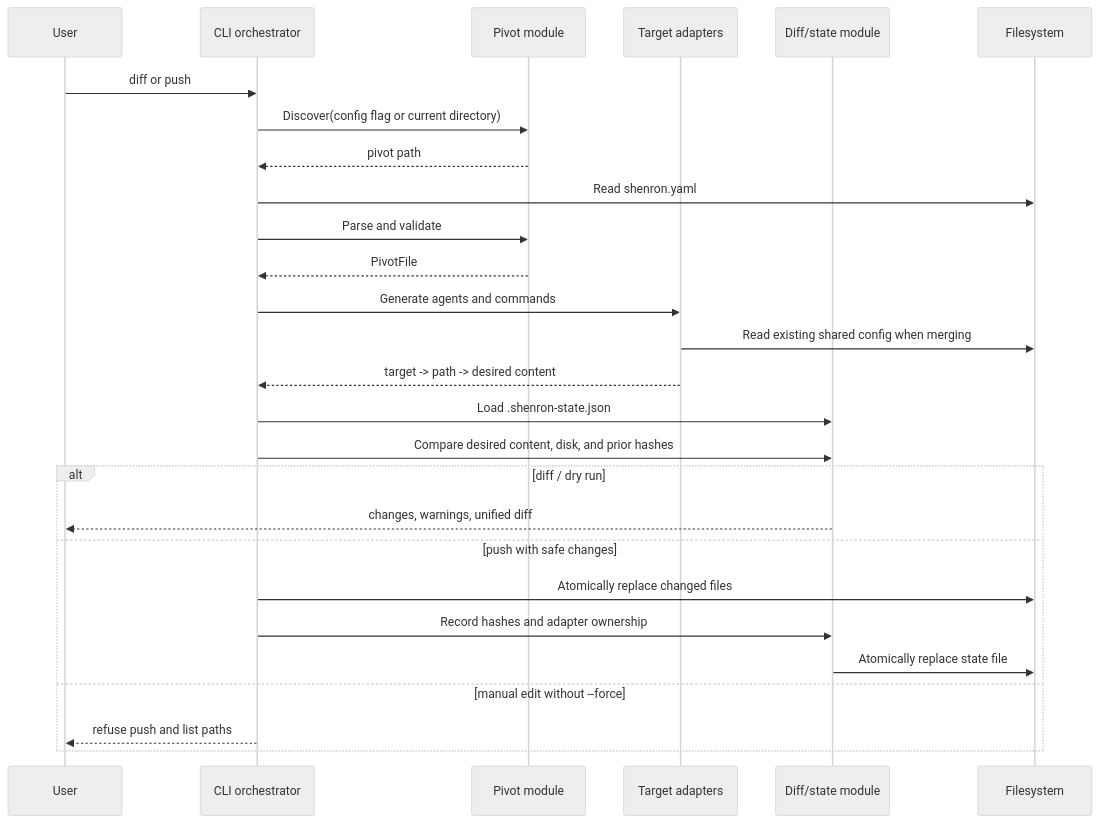
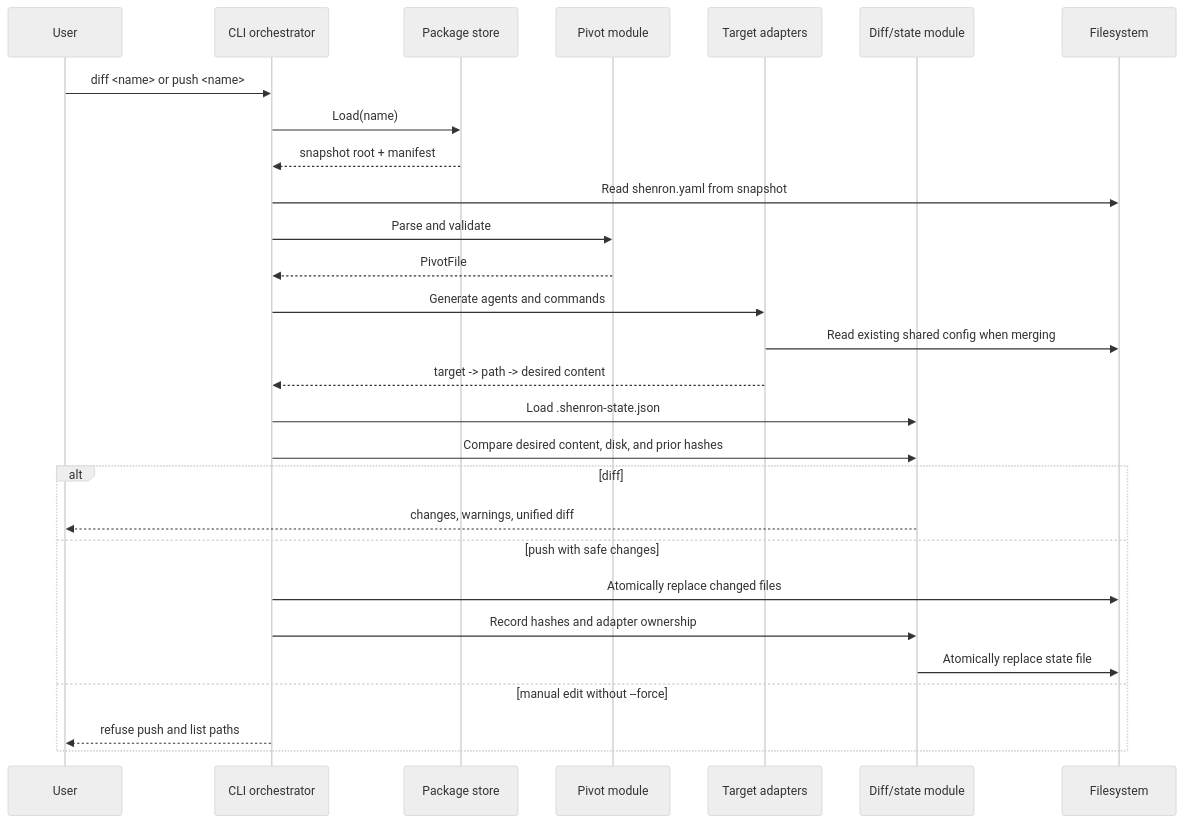
Before and after one commit to S1933/Shenron: the third of 3 diagrams in docs/ARCHITECTURE.md, drawn with Mermaid (neutral theme). The commit also changed other lines of this file and 2 other files, not shown here.

First line of the commit message:
docs: update README, ARCHITECTURE, and SKILLS for flattened CLI

````diff
--- a/docs/ARCHITECTURE.md
+++ b/docs/ARCHITECTURE.md
@@ -121,30 +123,31 @@
 ```mermaid
 sequenceDiagram
     participant U as User
     participant C as CLI orchestrator
+    participant S as Package store
     participant P as Pivot module
     participant A as Target adapters
     participant D as Diff/state module
     participant F as Filesystem
 
-    U->>C: diff or push
-    C->>P: Discover(config flag or current directory)
-    P-->>C: pivot path
-    C->>F: Read shenron.yaml
+    U->>C: diff <name> or push <name>
+    C->>S: Load(name)
+    S-->>C: snapshot root + manifest
+    C->>F: Read shenron.yaml from snapshot
     C->>P: Parse and validate
     P-->>C: PivotFile
     C->>A: Generate agents and commands
     A->>F: Read existing shared config when merging
     A-->>C: target -> path -> desired content
     C->>D: Load .shenron-state.json
     C->>D: Compare desired content, disk, and prior hashes
-    alt diff / dry run
+    alt diff
         D-->>U: changes, warnings, unified diff
     else push with safe changes
         C->>F: Atomically replace changed files
         C->>D: Record hashes and adapter ownership
         D->>F: Atomically replace state file
     else manual edit without --force
         C-->>U: refuse push and list paths
     end
 ```
````
